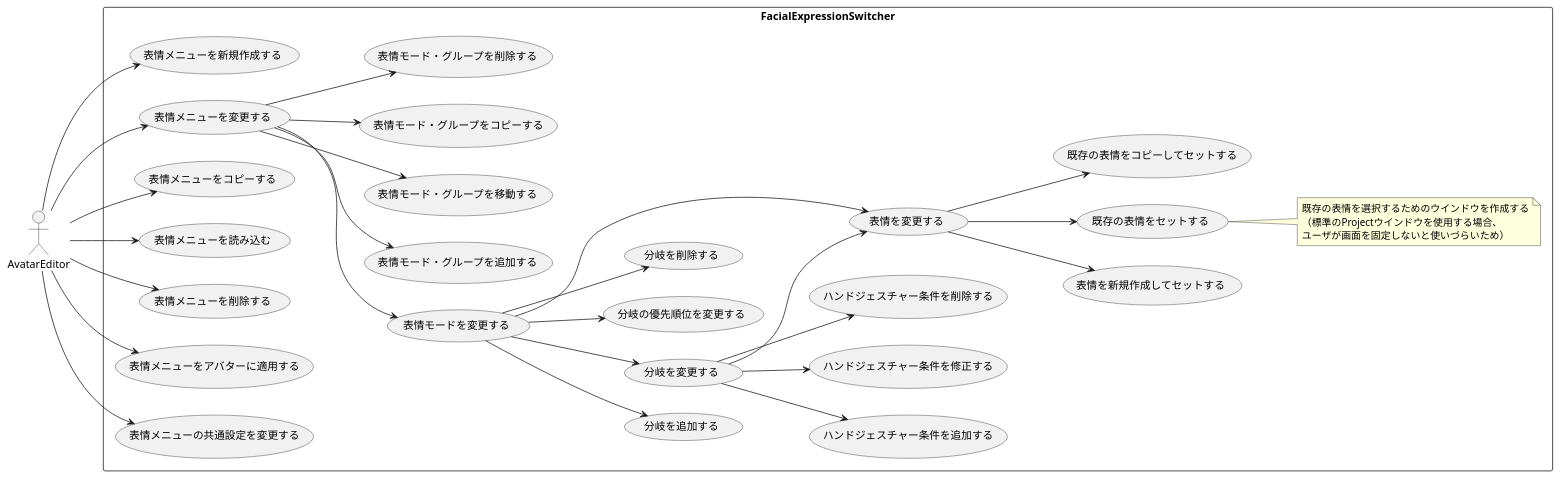
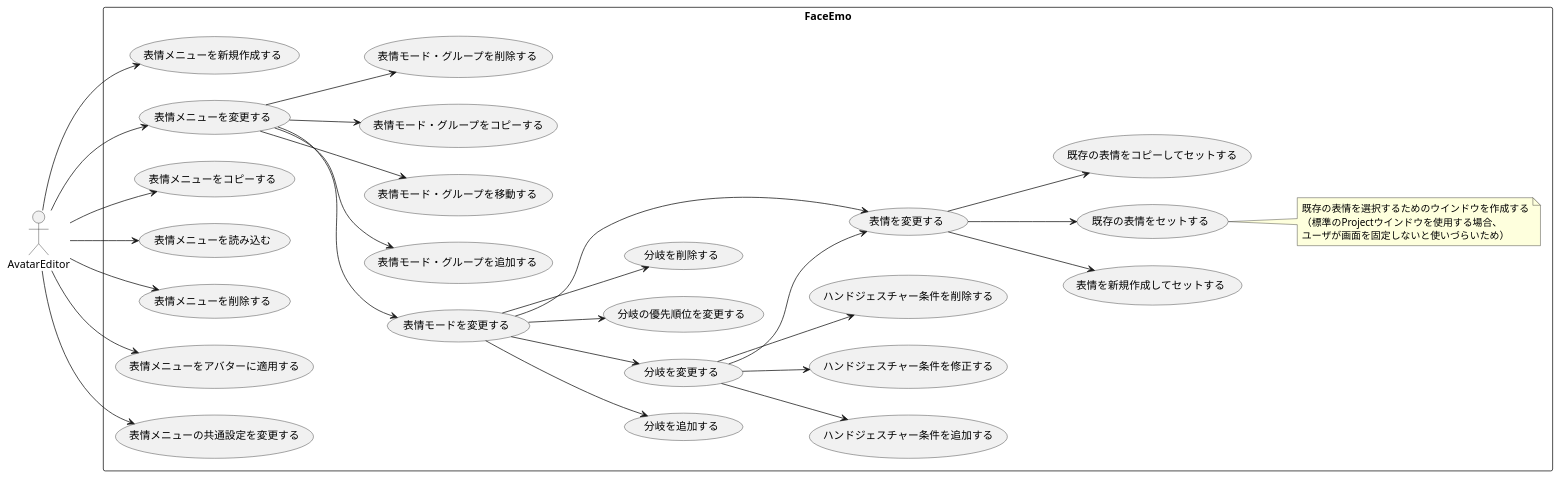
The diagram in design_docs/UseCase.pu (suzuryg/face-emo), drawn with PlantUML before and after one commit. The commit also changed 1144 other files, not shown here.

Commit message:
feat: Change project name to FaceEmo

```diff
--- a/design_docs/UseCase.pu
+++ b/design_docs/UseCase.pu
@@ -1,64 +1,64 @@
-@startuml FacialExpressionSwitcherUseCase
+@startuml FaceEmoUseCase
 left to right direction
 :AvatarEditor:
-rectangle FacialExpressionSwitcher {
+rectangle FaceEmo {
     (表情メニューを新規作成する) as createMenu
     AvatarEditor --> createMenu
     (表情メニューを変更する) as modifyMenu
     AvatarEditor --> modifyMenu
     (表情メニューをコピーする) as copyMenu
     AvatarEditor --> copyMenu
     (表情メニューを読み込む) as loadMenu
     AvatarEditor --> loadMenu
     (表情メニューを削除する) as removeMenu
     AvatarEditor --> removeMenu
     (表情メニューをアバターに適用する) as applyToAvatar
     AvatarEditor --> applyToAvatar
     (表情メニューの共通設定を変更する) as modifyCommonSetting
     AvatarEditor --> modifyCommonSetting
 
     (表情モードを変更する) as modifyMode
     modifyMenu --> modifyMode
     (表情モード・グループを追加する) as addMode
     modifyMenu --> addMode
     (表情モード・グループを移動する) as moveMode
     modifyMenu --> moveMode
     (表情モード・グループをコピーする) as copyMode
     modifyMenu --> copyMode
     (表情モード・グループを削除する) as removeMode
     modifyMenu --> removeMode
 
     (分岐を追加する) as addBranch
     modifyMode --> addBranch
     (分岐を変更する) as modifyBranch
     modifyMode --> modifyBranch
     (分岐の優先順位を変更する) as changeBranchOrder
     modifyMode --> changeBranchOrder
     (分岐を削除する) as removeBranch
     modifyMode --> removeBranch
 
     (ハンドジェスチャー条件を追加する) as addGestureCondition
     modifyBranch --> addGestureCondition
     (ハンドジェスチャー条件を修正する) as modifyGestureCondition
     modifyBranch --> modifyGestureCondition
     (ハンドジェスチャー条件を削除する) as removeGestureCondition
     modifyBranch --> removeGestureCondition
 
     (表情を変更する) as changeExpression
     modifyMode --> changeExpression
     modifyBranch --> changeExpression
 
     (表情を新規作成してセットする) as setNewExpression
     changeExpression --> setNewExpression
     (既存の表情をセットする) as setExistingExpression
     changeExpression --> setExistingExpression
     (既存の表情をコピーしてセットする) as  setCopiedExpression
     changeExpression --> setCopiedExpression
 
     note right of setExistingExpression
     既存の表情を選択するためのウインドウを作成する
     （標準のProjectウインドウを使用する場合、
     ユーザが画面を固定しないと使いづらいため）
     end note
 }
 @enduml
```
